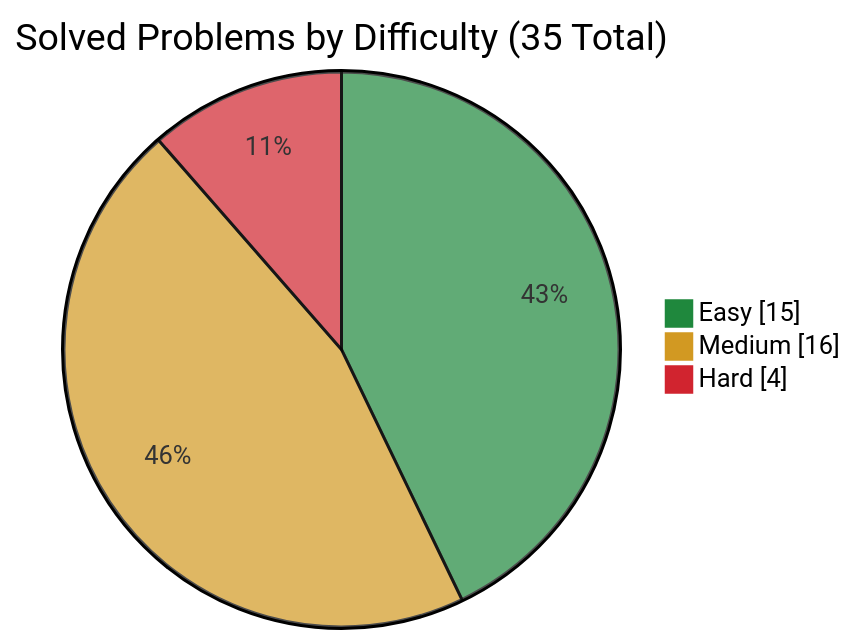
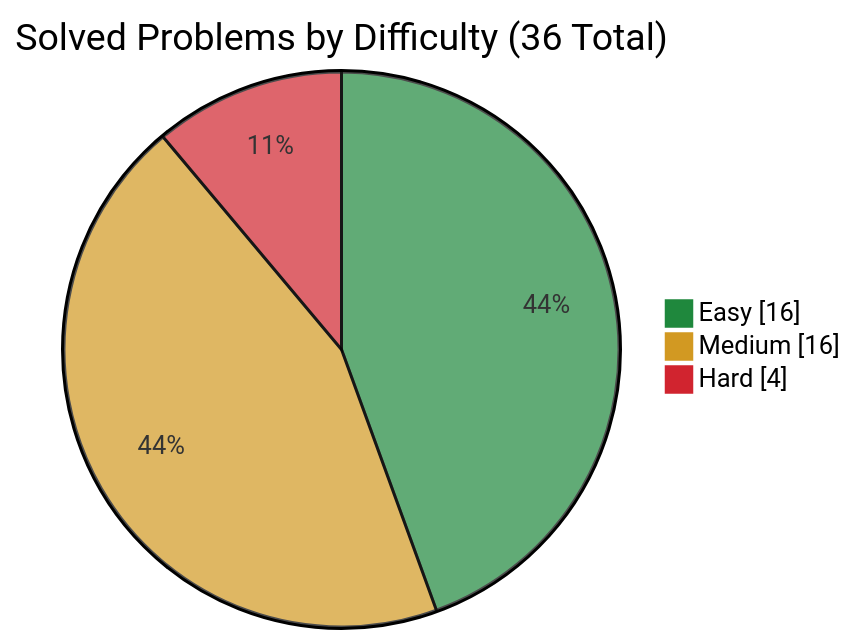
Before and after one commit to simonesiega/leetcode-solutions: the first of 3 diagrams in README.md, drawn with Mermaid. The commit also changed other lines of this file and 5 other files, not shown here.

````diff
--- a/README.md
+++ b/README.md
@@ -67,8 +67,8 @@
 ```mermaid
 %%{init: {"themeVariables": {"pie1": "#1f883d", "pie2": "#d29922", "pie3": "#d1242f"}}}%%
 pie showData
-    title Solved Problems by Difficulty (35 Total)
-    "Easy" : 15
+    title Solved Problems by Difficulty (36 Total)
+    "Easy" : 16
     "Medium" : 16
     "Hard" : 4
 ```
````
